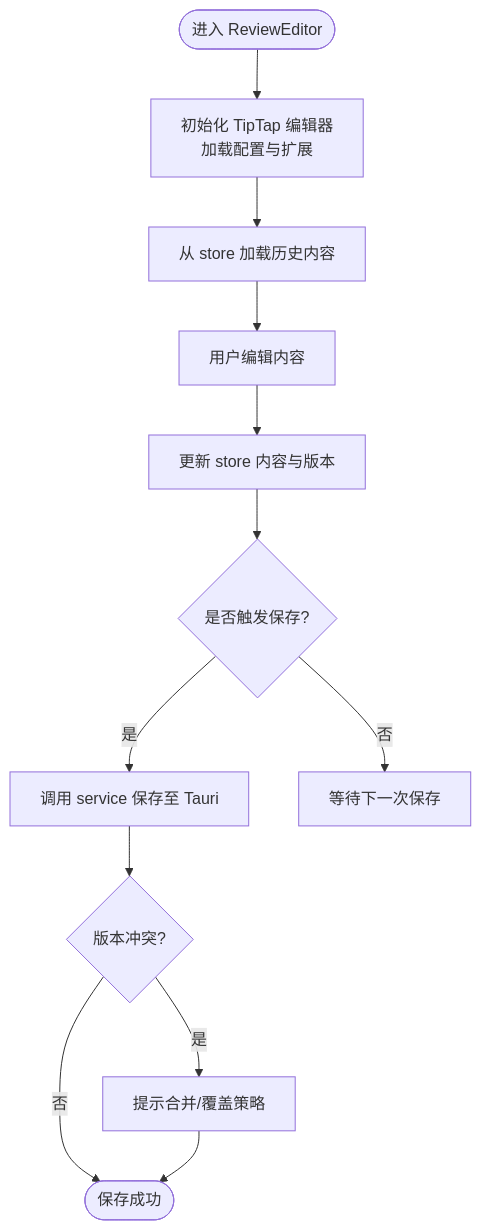
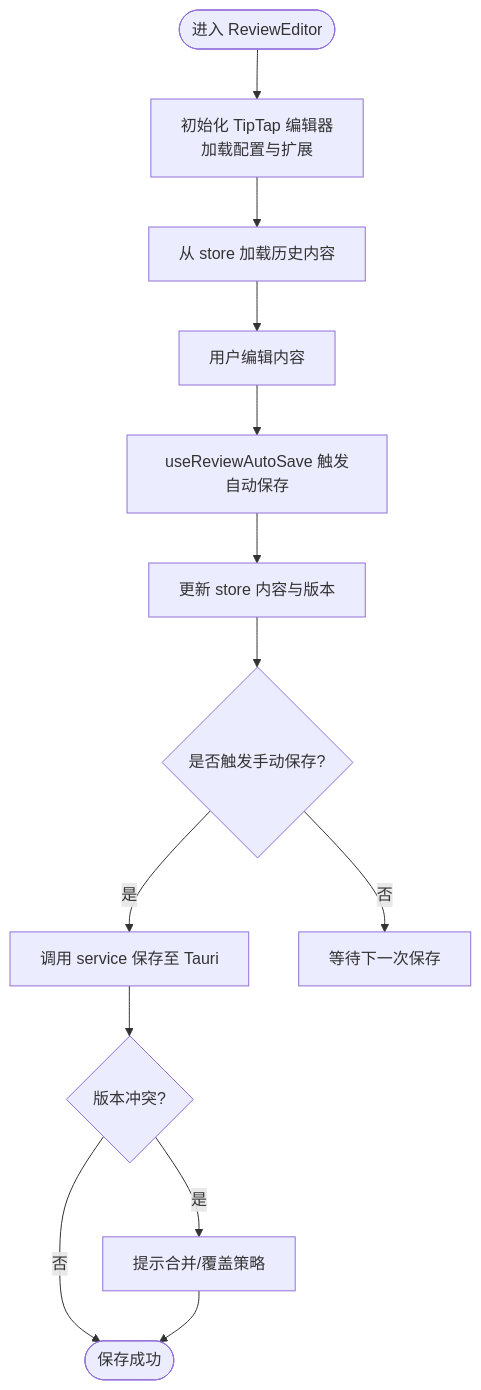
The fourth of 12 diagrams in .qoder/repowiki/zh/content/核心功能模块/每日回顾系统.md (gzdxhujiale/FishWorker), drawn with Mermaid before and after one commit. The commit also changed other lines of this file and 41 other files, not shown here.

````diff
--- a/.qoder/repowiki/zh/content/核心功能模块/每日回顾系统.md
+++ b/.qoder/repowiki/zh/content/核心功能模块/每日回顾系统.md
@@ -230,14 +250,15 @@
 ```mermaid
 flowchart TD
 Start(["进入 ReviewEditor"]) --> Init["初始化 TipTap 编辑器<br/>加载配置与扩展"]
 Init --> LoadContent["从 store 加载历史内容"]
 LoadContent --> Edit["用户编辑内容"]
-Edit --> UpdateState["更新 store 内容与版本"]
-UpdateState --> Save{"是否触发保存?"}
-Save --> |是| Persist["调用 service 保存至 Tauri"]
+Edit --> AutoSave["useReviewAutoSave 触发自动保存"]
+AutoSave --> UpdateState["更新 store 内容与版本"]
+UpdateState --> ManualSave{"是否触发手动保存?"}
+ManualSave --> |是| Persist["调用 service 保存至 Tauri"]
 Persist --> VersionCheck{"版本冲突?"}
 VersionCheck --> |否| Done(["保存成功"])
 VersionCheck --> |是| Conflict["提示合并/覆盖策略"]
 Conflict --> Done
-Save --> |否| Wait["等待下一次保存"]
+ManualSave --> |否| Wait["等待下一次保存"]
 ```
````
